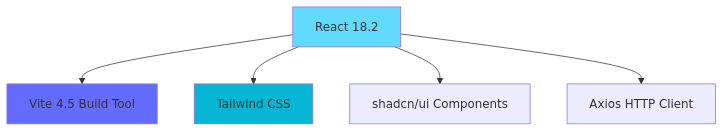
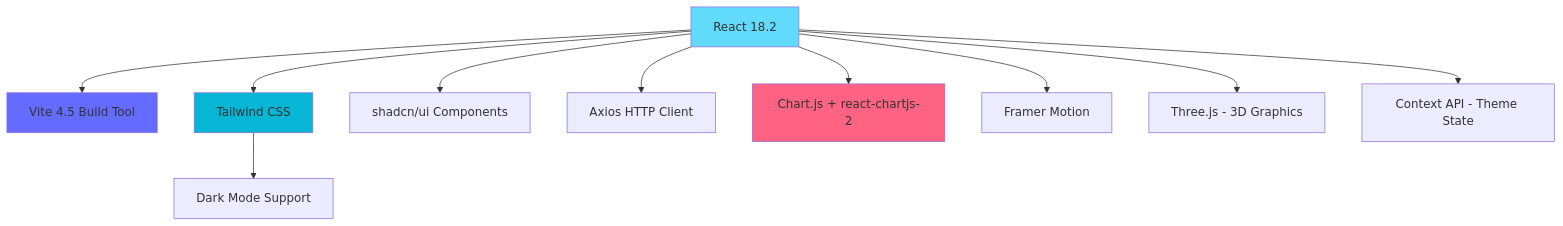
The fourth of 17 diagrams in docs/architecture/ARCHITECTURE.md (ME-Catalyst/GreenStack), drawn with Mermaid before and after one commit. The commit also changed other lines of this file, not shown here.

First line of the commit message:
Update ARCHITECTURE.md with latest frontend features

````diff
--- a/docs/architecture/ARCHITECTURE.md
+++ b/docs/architecture/ARCHITECTURE.md
@@ -138,12 +141,19 @@
 ```mermaid
 graph TD
     React[React 18.2]
     React --> Vite[Vite 4.5 Build Tool]
     React --> TailwindCSS[Tailwind CSS]
     React --> shadcn[shadcn/ui Components]
     React --> Axios[Axios HTTP Client]
+    React --> ChartJS[Chart.js + react-chartjs-2]
+    React --> FramerMotion[Framer Motion]
+    React --> ThreeJS[Three.js - 3D Graphics]
+
+    TailwindCSS --> DarkMode[Dark Mode Support]
+    React --> Context[Context API - Theme State]
 
     style React fill:#61dafb
     style Vite fill:#646cff
     style TailwindCSS fill:#06b6d4
+    style ChartJS fill:#ff6384
 ```
````
